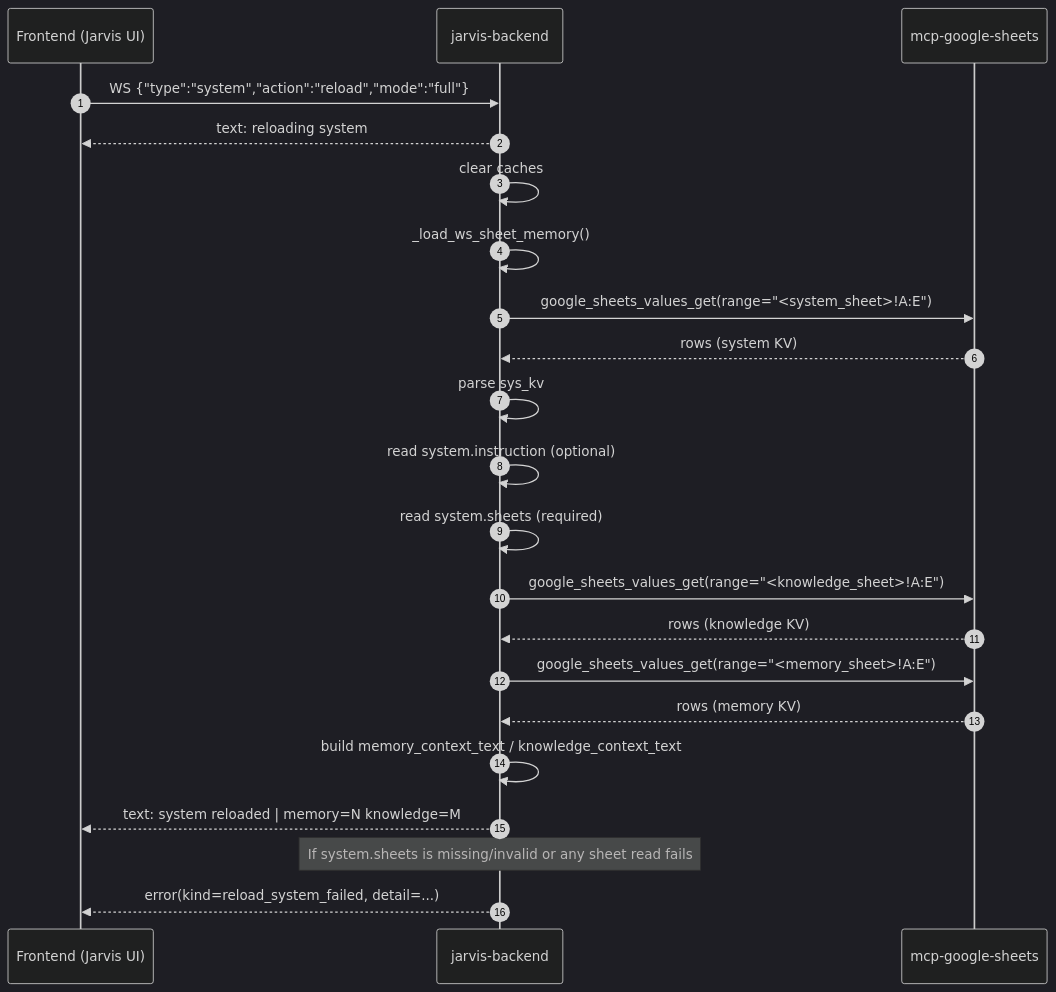
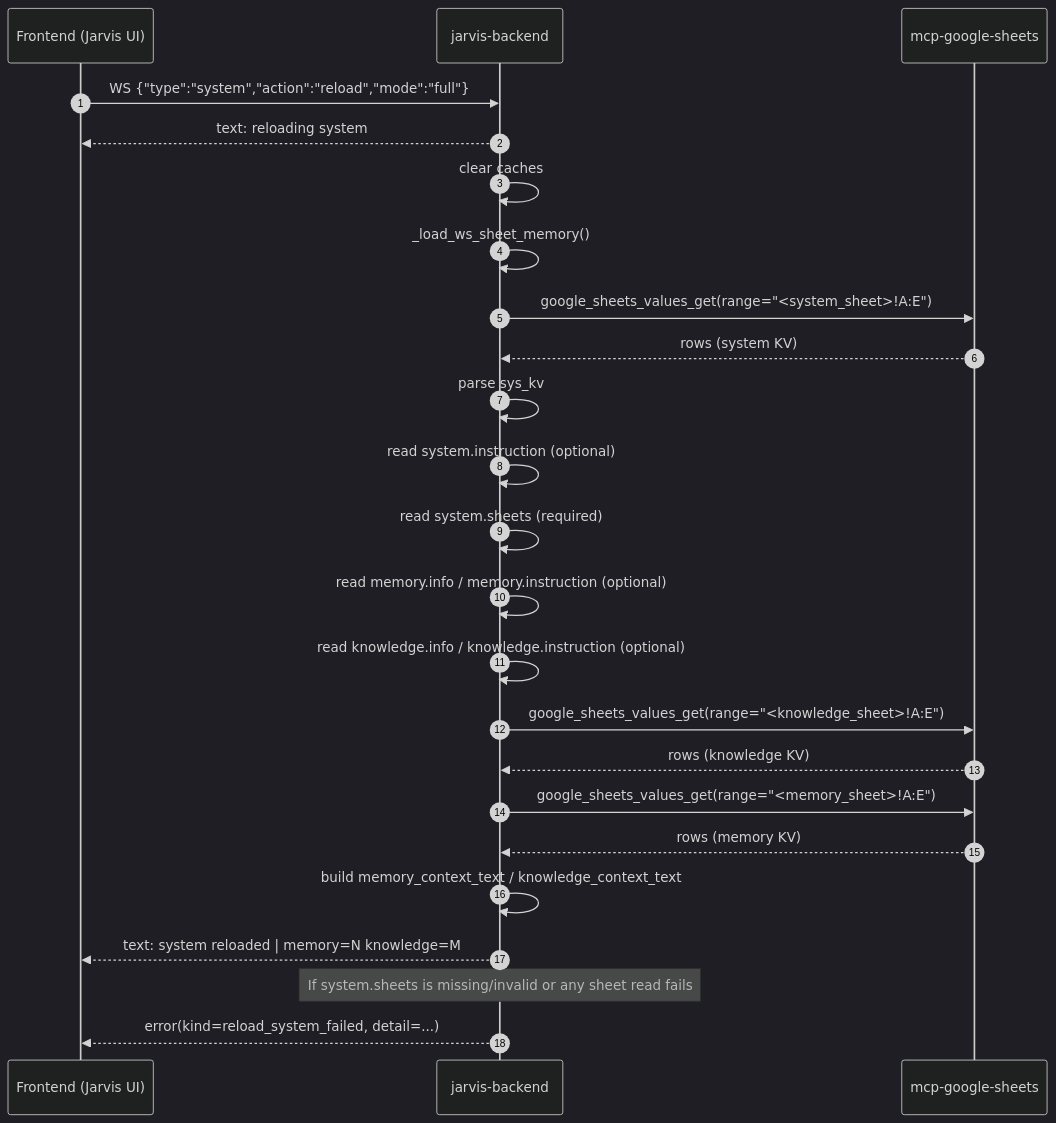
One commit to tonezzz/chaba changed the first of 2 diagrams in services/assistance/docs/SYSTEM.md. Above: the diagram before and after it, drawn with Mermaid (dark theme). The commit also changed other lines of this file and 1 other file, not shown here.

Commit message:
jarvis: per-sheet info/instruction

````diff
--- a/services/assistance/docs/SYSTEM.md
+++ b/services/assistance/docs/SYSTEM.md
@@ -14,31 +44,33 @@
 ```mermaid
 sequenceDiagram
   autonumber
   participant FE as Frontend (Jarvis UI)
   participant BE as jarvis-backend
   participant MCP as mcp-google-sheets
 
   FE->>BE: WS {"type":"system","action":"reload","mode":"full"}
   BE-->>FE: text: reloading system
 
   BE->>BE: clear caches
   BE->>BE: _load_ws_sheet_memory()
   BE->>MCP: google_sheets_values_get(range="<system_sheet>!A:E")
   MCP-->>BE: rows (system KV)
 
   BE->>BE: parse sys_kv
   BE->>BE: read system.instruction (optional)
   BE->>BE: read system.sheets (required)
+  BE->>BE: read memory.info / memory.instruction (optional)
+  BE->>BE: read knowledge.info / knowledge.instruction (optional)
 
   BE->>MCP: google_sheets_values_get(range="<knowledge_sheet>!A:E")
   MCP-->>BE: rows (knowledge KV)
 
   BE->>MCP: google_sheets_values_get(range="<memory_sheet>!A:E")
   MCP-->>BE: rows (memory KV)
 
   BE->>BE: build memory_context_text / knowledge_context_text
   BE-->>FE: text: system reloaded | memory=N knowledge=M
 
   Note over BE: If system.sheets is missing/invalid or any sheet read fails
   BE-->>FE: error(kind=reload_system_failed, detail=...)
 ```
````
